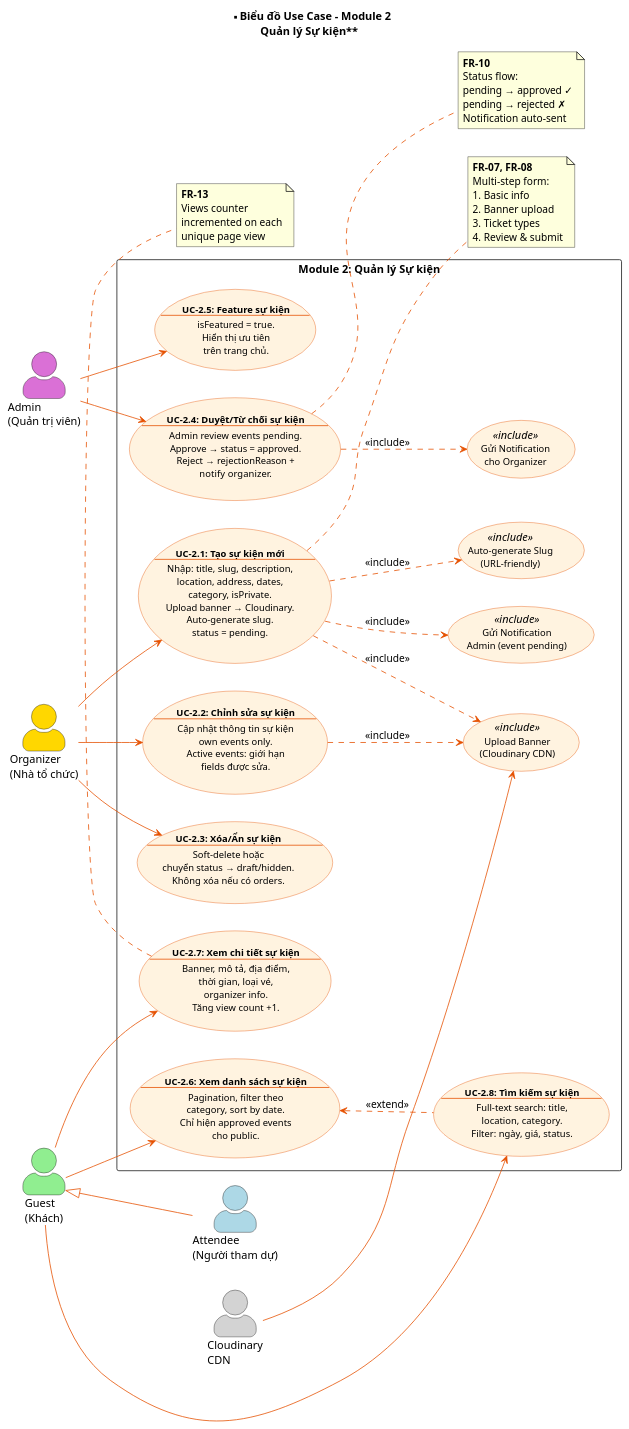
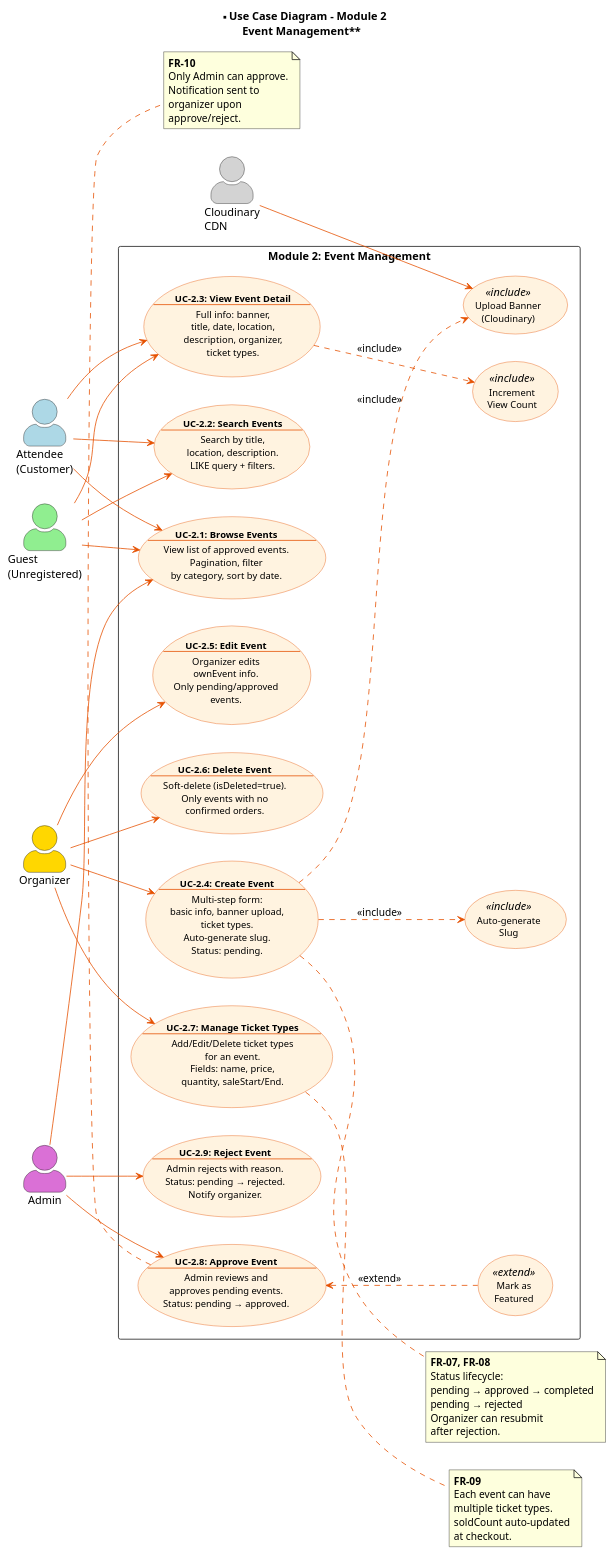
Before and after one commit to dghoang/PRJ301_GROUP7_SELLING_TICKET: the diagram in SellingTicketJava/docs/diagrams/UC_02_EventManagement.puml, drawn with PlantUML. The commit also changed 62 other files, not shown here.

```diff
--- a/SellingTicketJava/docs/diagrams/UC_02_EventManagement.puml
+++ b/SellingTicketJava/docs/diagrams/UC_02_EventManagement.puml
@@ -1,108 +1,110 @@
 @startuml UC_02_EventManagement
 ' ============================================================
-' USE CASE DIAGRAM - MODULE 2: Quản lý Sự kiện
-' Event Management
+' USE CASE DIAGRAM - MODULE 2: Event Management
+' Event Lifecycle Management
 ' ============================================================
 
-title **Biểu đồ Use Case - Module 2\nQuản lý Sự kiện**
+title **Use Case Diagram - Module 2\nEvent Management**
 
 left to right direction
 skinparam actorStyle awesome
 skinparam usecase {
     BackgroundColor #FFF3E0
     BorderColor #E65100
     FontSize 12
     ArrowColor #E65100
 }
 
 ' === ACTORS ===
-actor "Guest\n(Khách)" as Guest #LightGreen
-actor "Attendee\n(Người tham dự)" as Attendee #LightBlue
-actor "Organizer\n(Nhà tổ chức)" as Organizer #Gold
-actor "Admin\n(Quản trị viên)" as Admin #Orchid
+actor "Guest\n(Unregistered)" as Guest #LightGreen
+actor "Attendee\n(Customer)" as Attendee #LightBlue
+actor "Organizer" as Organizer #Gold
+actor "Admin" as Admin #Orchid
 
 ' === EXTERNAL ===
-actor "Cloudinary\nCDN" as Cloudinary #LightGray
-
-Guest <|-- Attendee
+actor "Cloudinary\nCDN" as Cloud #LightGray
 
 ' === SYSTEM BOUNDARY ===
-rectangle "Module 2: Quản lý Sự kiện" {
+rectangle "Module 2: Event Management" {
 
-    usecase "**UC-2.1: Tạo sự kiện mới**\n---\nNhập: title, slug, description,\nlocation, address, dates,\ncategory, isPrivate.\nUpload banner → Cloudinary.\nAuto-generate slug.\nstatus = pending." as UC_CREATE
+    usecase "**UC-2.1: Browse Events**\n---\nView list of approved events.\nPagination, filter\nby category, sort by date." as UC_BROWSE
 
-    usecase "**UC-2.2: Chỉnh sửa sự kiện**\n---\nCập nhật thông tin sự kiện\nown events only.\nActive events: giới hạn\nfields được sửa." as UC_EDIT
+    usecase "**UC-2.2: Search Events**\n---\nSearch by title,\nlocation, description.\nLIKE query + filters." as UC_SEARCH
 
-    usecase "**UC-2.3: Xóa/Ẩn sự kiện**\n---\nSoft-delete hoặc\nchuyển status → draft/hidden.\nKhông xóa nếu có orders." as UC_DELETE
+    usecase "**UC-2.3: View Event Detail**\n---\nFull info: banner,\ntitle, date, location,\ndescription, organizer,\nticket types." as UC_DETAIL
 
-    usecase "**UC-2.4: Duyệt/Từ chối sự kiện**\n---\nAdmin review events pending.\nApprove → status = approved.\nReject → rejectionReason +\nnotify organizer." as UC_APPROVE
+    usecase "**UC-2.4: Create Event**\n---\nMulti-step form:\nbasic info, banner upload,\nticket types.\nAuto-generate slug.\nStatus: pending." as UC_CREATE
 
-    usecase "**UC-2.5: Feature sự kiện**\n---\nisFeatured = true.\nHiển thị ưu tiên\ntrên trang chủ." as UC_FEATURE
+    usecase "**UC-2.5: Edit Event**\n---\nOrganizer edits\nownEvent info.\nOnly pending/approved\nevents." as UC_EDIT
 
-    usecase "**UC-2.6: Xem danh sách sự kiện**\n---\nPagination, filter theo\ncategory, sort by date.\nChỉ hiện approved events\ncho public." as UC_LIST
+    usecase "**UC-2.6: Delete Event**\n---\nSoft-delete (isDeleted=true).\nOnly events with no\nconfirmed orders." as UC_DELETE
 
-    usecase "**UC-2.7: Xem chi tiết sự kiện**\n---\nBanner, mô tả, địa điểm,\nthời gian, loại vé,\norganizer info.\nTăng view count +1." as UC_DETAIL
+    usecase "**UC-2.7: Manage Ticket Types**\n---\nAdd/Edit/Delete ticket types\nfor an event.\nFields: name, price,\nquantity, saleStart/End." as UC_TICKET
 
-    usecase "**UC-2.8: Tìm kiếm sự kiện**\n---\nFull-text search: title,\nlocation, category.\nFilter: ngày, giá, status." as UC_SEARCH
+    usecase "**UC-2.8: Approve Event**\n---\nAdmin reviews and\napproves pending events.\nStatus: pending → approved." as UC_APPROVE
+
+    usecase "**UC-2.9: Reject Event**\n---\nAdmin rejects with reason.\nStatus: pending → rejected.\nNotify organizer." as UC_REJECT
 
     ' --- Sub use cases ---
-    usecase "Upload Banner\n(Cloudinary CDN)" as UC_UPLOAD <<include>>
+    usecase "Upload Banner\n(Cloudinary)" as UC_UPLOAD <<include>>
 
-    usecase "Auto-generate Slug\n(URL-friendly)" as UC_SLUG <<include>>
+    usecase "Auto-generate\nSlug" as UC_SLUG <<include>>
 
-    usecase "Gửi Notification\ncho Organizer" as UC_NOTIFY <<include>>
+    usecase "Increment\nView Count" as UC_VIEW <<include>>
 
-    usecase "Gửi Notification\nAdmin (event pending)" as UC_NOTIFY_ADMIN <<include>>
+    usecase "Mark as\nFeatured" as UC_FEATURE <<extend>>
 }
 
 ' === ASSOCIATIONS ===
-Guest --> UC_LIST
+Guest --> UC_BROWSE
+Guest --> UC_SEARCH
 Guest --> UC_DETAIL
-Guest --> UC_SEARCH
+
+Attendee --> UC_BROWSE
+Attendee --> UC_SEARCH
+Attendee --> UC_DETAIL
 
 Organizer --> UC_CREATE
 Organizer --> UC_EDIT
 Organizer --> UC_DELETE
+Organizer --> UC_TICKET
 
 Admin --> UC_APPROVE
-Admin --> UC_FEATURE
+Admin --> UC_REJECT
+Admin --> UC_BROWSE
 
-' === EXTERNAL ===
-Cloudinary --> UC_UPLOAD
+Cloud --> UC_UPLOAD
 
 ' === INCLUDE / EXTEND ===
 UC_CREATE ..> UC_UPLOAD : <<include>>
 UC_CREATE ..> UC_SLUG : <<include>>
-UC_CREATE ..> UC_NOTIFY_ADMIN : <<include>>
-UC_EDIT ..> UC_UPLOAD : <<include>>
-
-UC_APPROVE ..> UC_NOTIFY : <<include>>
-
-UC_LIST <.. UC_SEARCH : <<extend>>
+UC_DETAIL ..> UC_VIEW : <<include>>
+UC_APPROVE <.. UC_FEATURE : <<extend>>
 
 ' === NOTES ===
 note right of UC_CREATE
   **FR-07, FR-08**
-  Multi-step form:
-  1. Basic info
-  2. Banner upload
-  3. Ticket types
-  4. Review & submit
+  Status lifecycle:
+  pending → approved → completed
+  pending → rejected
+  Organizer can resubmit
+  after rejection.
 end note
 
-note right of UC_APPROVE
-  **FR-10**
-  Status flow:
-  pending → approved ✓
-  pending → rejected ✗
-  Notification auto-sent
+note right of UC_TICKET
+  **FR-09**
+  Each event can have
+  multiple ticket types.
+  soldCount auto-updated
+  at checkout.
 end note
 
-note bottom of UC_DETAIL
-  **FR-13**
-  Views counter
-  incremented on each
-  unique page view
+note bottom of UC_APPROVE
+  **FR-10**
+  Only Admin can approve.
+  Notification sent to
+  organizer upon
+  approve/reject.
 end note
 
 @enduml
```
